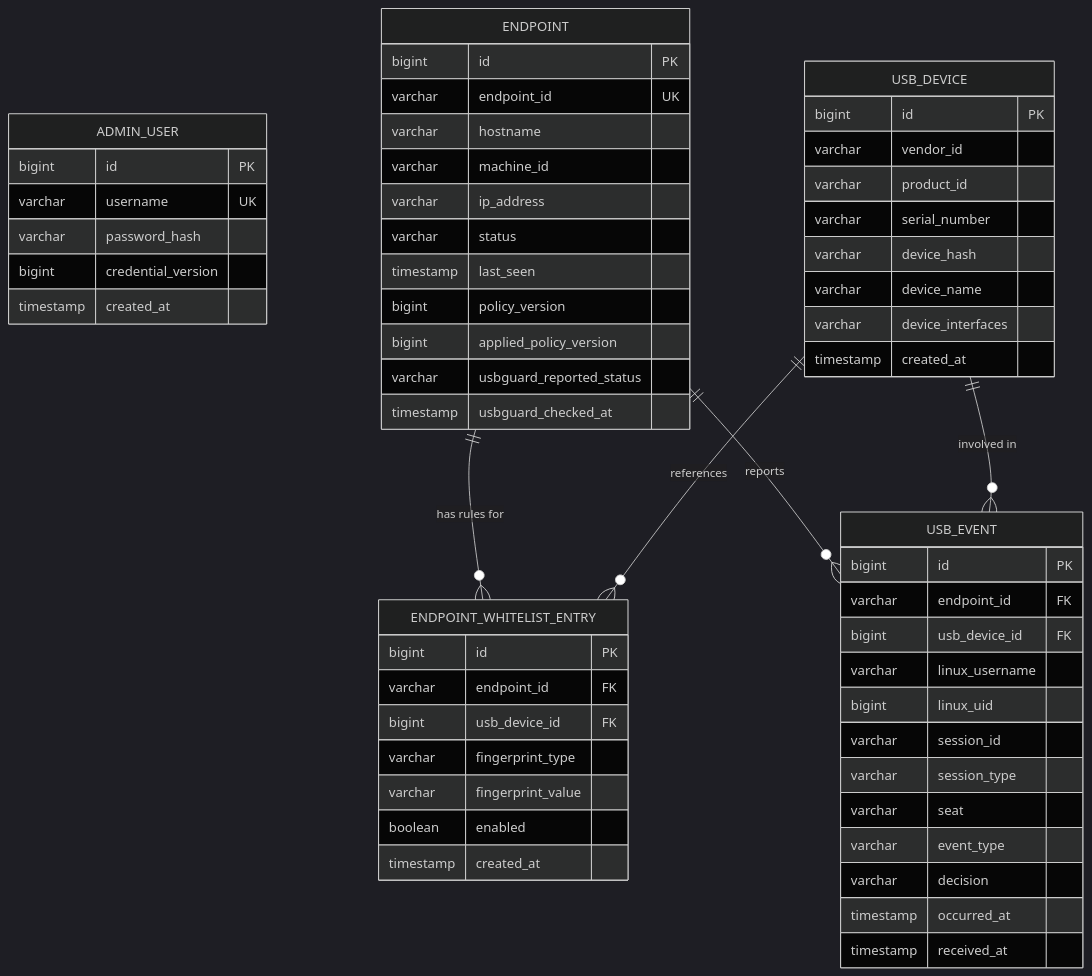
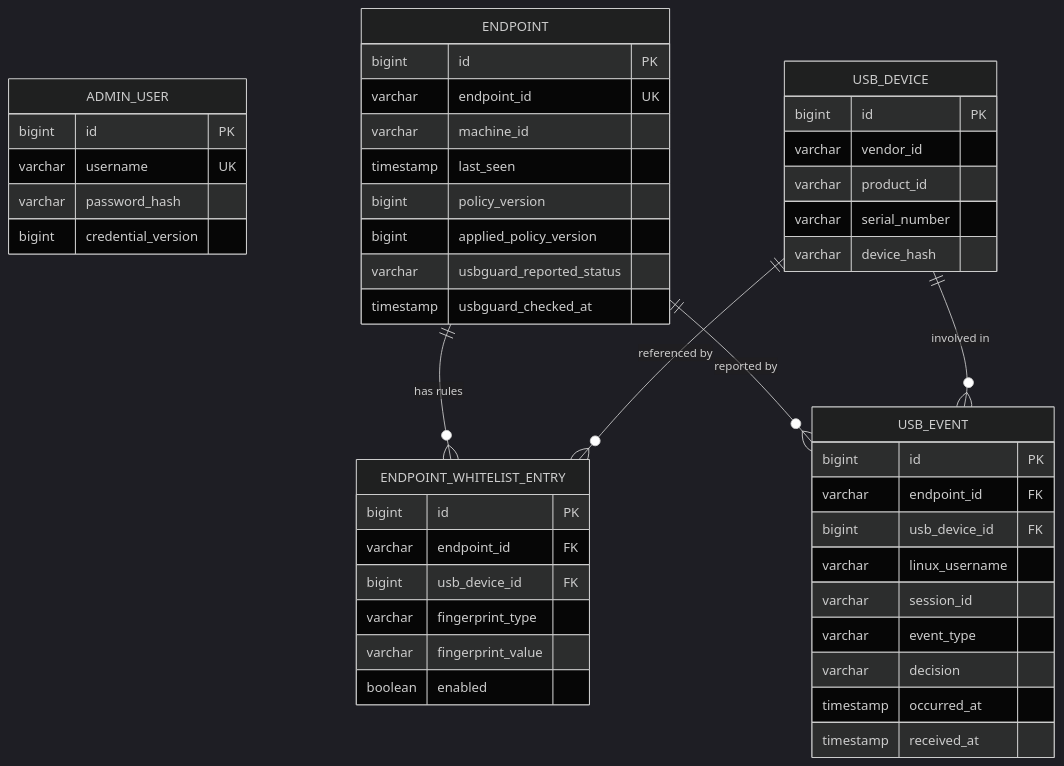
The second of 2 diagrams in docs/ARCHITECTURE.md (chivan2925/USBProtection), drawn with Mermaid (dark theme) before and after one commit. The commit also changed other lines of this file and 8 other files, not shown here.

````diff
--- a/docs/ARCHITECTURE.md
+++ b/docs/ARCHITECTURE.md
@@ -117,65 +83,49 @@
 ```mermaid
 erDiagram
     ADMIN_USER {
         bigint id PK
         varchar username UK
         varchar password_hash
         bigint credential_version
-        timestamp created_at
     }
-
     ENDPOINT {
         bigint id PK
         varchar endpoint_id UK
-        varchar hostname
         varchar machine_id
-        varchar ip_address
-        varchar status
         timestamp last_seen
         bigint policy_version
         bigint applied_policy_version
         varchar usbguard_reported_status
         timestamp usbguard_checked_at
     }
-
     USB_DEVICE {
         bigint id PK
         varchar vendor_id
         varchar product_id
         varchar serial_number
         varchar device_hash
-        varchar device_name
-        varchar device_interfaces
-        timestamp created_at
     }
-
     ENDPOINT_WHITELIST_ENTRY {
         bigint id PK
         varchar endpoint_id FK
         bigint usb_device_id FK
         varchar fingerprint_type
         varchar fingerprint_value
         boolean enabled
-        timestamp created_at
     }
-
     USB_EVENT {
         bigint id PK
         varchar endpoint_id FK
         bigint usb_device_id FK
         varchar linux_username
-        bigint linux_uid
         varchar session_id
-        varchar session_type
-        varchar seat
         varchar event_type
         varchar decision
         timestamp occurred_at
         timestamp received_at
     }
-
-    ENDPOINT ||--o{ ENDPOINT_WHITELIST_ENTRY : "has rules for"
-    USB_DEVICE ||--o{ ENDPOINT_WHITELIST_ENTRY : "references"
-    ENDPOINT ||--o{ USB_EVENT : "reports"
+    ENDPOINT ||--o{ ENDPOINT_WHITELIST_ENTRY : "has rules"
+    USB_DEVICE ||--o{ ENDPOINT_WHITELIST_ENTRY : "referenced by"
+    ENDPOINT ||--o{ USB_EVENT : "reported by"
     USB_DEVICE ||--o{ USB_EVENT : "involved in"
 ```
````
